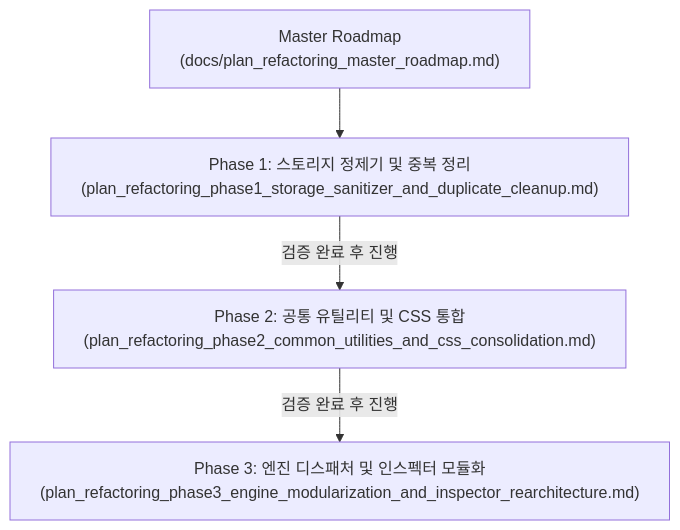
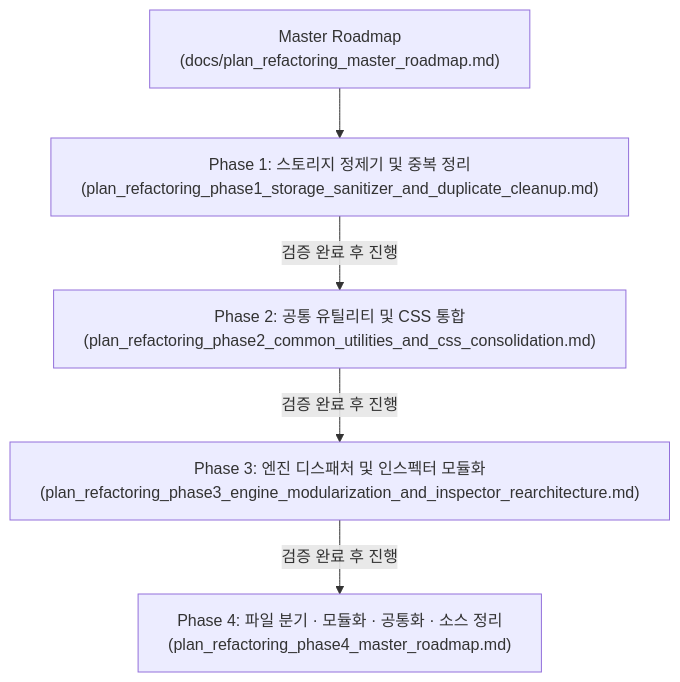
Before and after one commit to bychoi-space/workspace: the diagram in docs/plan_refactoring_master_roadmap.md, drawn with Mermaid. The commit also changed other lines of this file and 69 other files, not shown here.

````diff
--- a/docs/plan_refactoring_master_roadmap.md
+++ b/docs/plan_refactoring_master_roadmap.md
@@ -26,12 +28,14 @@
 ```mermaid
 graph TD
     Master["Master Roadmap<br/>(docs/plan_refactoring_master_roadmap.md)"]
 
     P1["Phase 1: 스토리지 정제기 및 중복 정리<br/>(plan_refactoring_phase1_storage_sanitizer_and_duplicate_cleanup.md)"]
     P2["Phase 2: 공통 유틸리티 및 CSS 통합<br/>(plan_refactoring_phase2_common_utilities_and_css_consolidation.md)"]
     P3["Phase 3: 엔진 디스패처 및 인스펙터 모듈화<br/>(plan_refactoring_phase3_engine_modularization_and_inspector_rearchitecture.md)"]
+    P4["Phase 4: 파일 분기 · 모듈화 · 공통화 · 소스 정리<br/>(plan_refactoring_phase4_master_roadmap.md)"]
 
     Master --> P1
     P1 -->|검증 완료 후 진행| P2
     P2 -->|검증 완료 후 진행| P3
+    P3 -->|검증 완료 후 진행| P4
 ```
````
